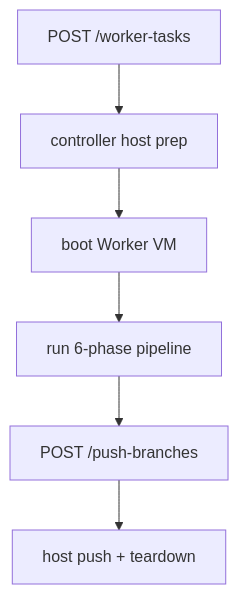
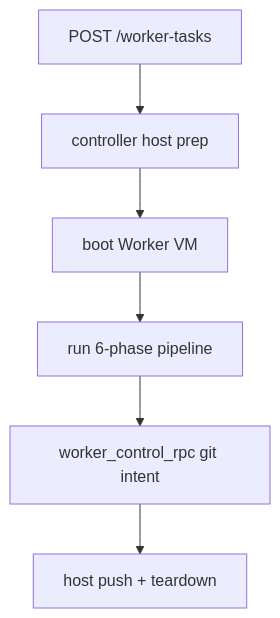
One commit to ShravanSunder/agent-vm changed the third of 4 diagrams in docs/architecture/overview.md. Above: the diagram before and after it, drawn with Mermaid. The commit also changed other lines of this file and 353 other files, not shown here.

````diff
--- a/docs/architecture/overview.md
+++ b/docs/architecture/overview.md
@@ -474,15 +480,15 @@
 ```mermaid
 flowchart TB
     api["POST /worker-tasks"]
     host["controller host prep"]
     vm["boot Worker VM"]
     worker["run 6-phase pipeline"]
-    callback["POST /push-branches"]
+    rpc["worker_control_rpc git intent"]
     finalize["host push + teardown"]
 
     api --> host
     host --> vm
     vm --> worker
-    worker --> callback
-    callback --> finalize
+    worker --> rpc
+    rpc --> finalize
 ```
````
